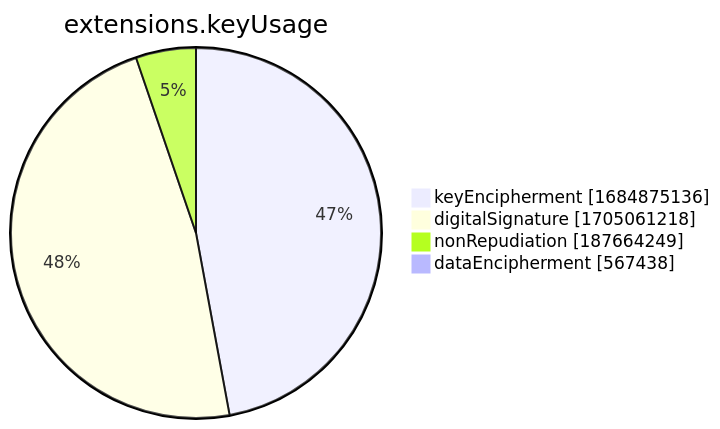
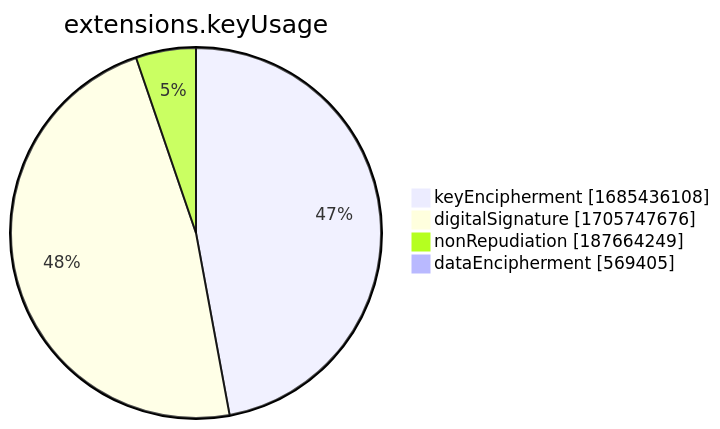
Before and after one commit to christiankrug/ctmonitor_visualization: the seventh of 15 diagrams in xenon2022/README.md, drawn with Mermaid. The commit also changed other lines of this file, not shown here.

````diff
--- a/xenon2022/README.md
+++ b/xenon2022/README.md
@@ -2857,8 +2857,8 @@
 ```mermaid
 pie showData
 title extensions.keyUsage
-"keyEncipherment" :1684875136
-"digitalSignature" :1705061218
+"keyEncipherment" :1685436108
+"digitalSignature" :1705747676
 "nonRepudiation" :187664249
-"dataEncipherment" :567438
+"dataEncipherment" :569405
 ```
````
